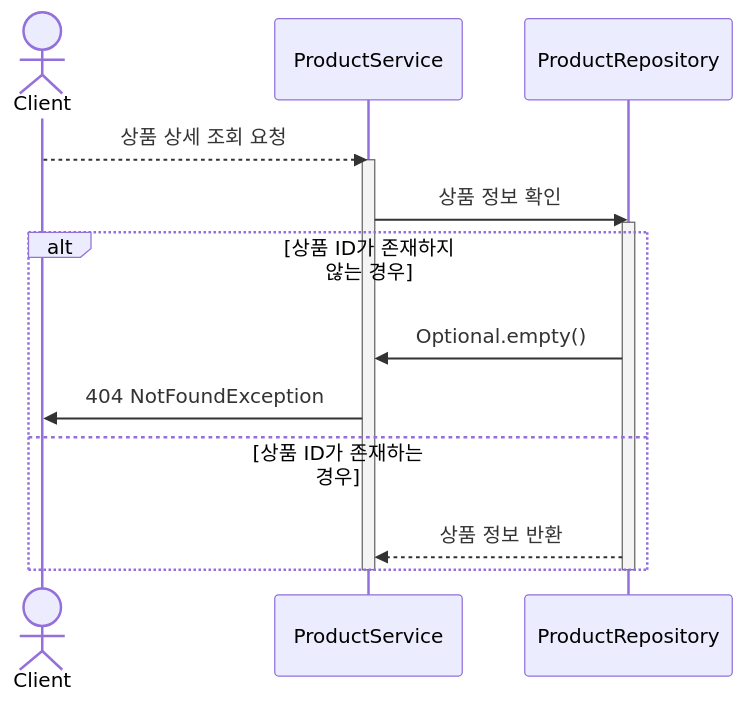
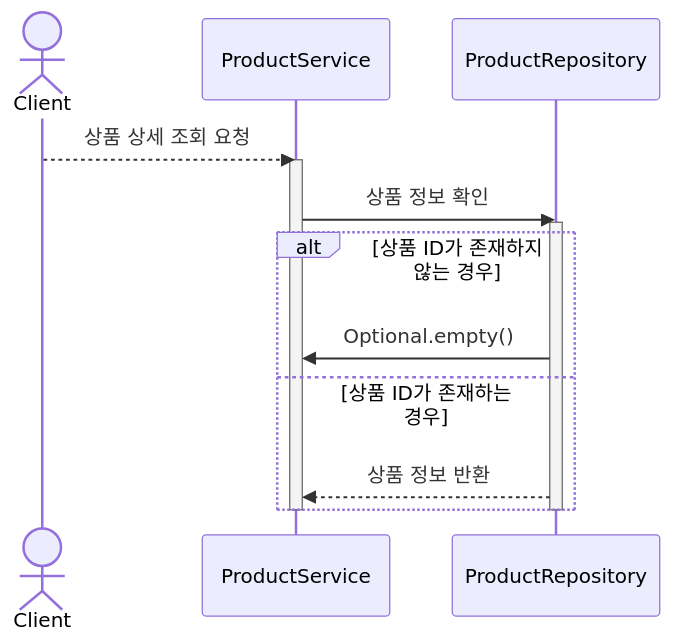
One commit to Roopers-Team-6/younghun changed the third of 4 diagrams in apps/commerce-api/docs/desigin/02-sequence-diagrams.md. Above: the diagram before and after it, drawn with Mermaid. The commit also changed other lines of this file, not shown here.

Commit message:
doc: 시퀀스 다이어그램 - activate 수정

````diff
--- a/apps/commerce-api/docs/desigin/02-sequence-diagrams.md
+++ b/apps/commerce-api/docs/desigin/02-sequence-diagrams.md
@@ -58,19 +58,18 @@
 ```mermaid
 sequenceDiagram
     actor U as Client
     participant PS as ProductService
     participant PP as ProductRepository
     
     U -->> PS: 상품 상세 조회 요청
     activate PS
     PS ->> PP: 상품 정보 확인         
     activate PP
     alt 상품 ID가 존재하지 않는 경우
     PP ->> PS: Optional.empty()
-    PS ->> U: 404 NotFoundException
     else 상품 ID가 존재하는 경우
     PP -->> PS: 상품 정보 반환
     end
     deactivate PP
     deactivate PS
 ```
````
